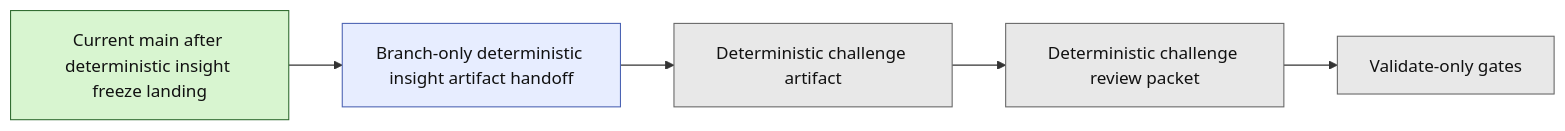
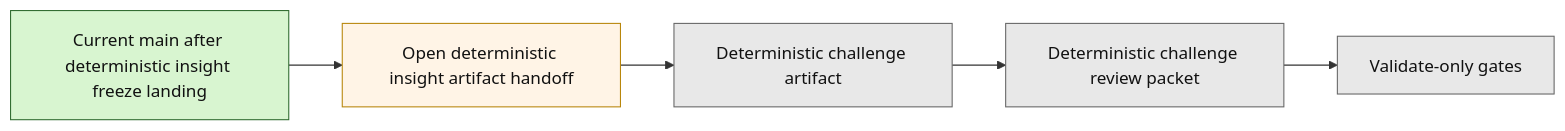
Before and after one commit to benjmcd/project6_REPO_MCP_FOLDER: the second of 2 diagrams in next_milestone_plans/layer3_progress_board.md, drawn with Mermaid. The commit also changed other lines of this file and 8 other files, not shown here.

Commit message:
docs(layer3): mark deterministic insight lane open

````diff
--- a/next_milestone_plans/layer3_progress_board.md
+++ b/next_milestone_plans/layer3_progress_board.md
@@ -148,15 +148,15 @@
 ```mermaid
 flowchart LR
-    A["Current main after deterministic insight freeze landing"] --> B["Branch-only deterministic insight artifact handoff"]
+    A["Current main after deterministic insight freeze landing"] --> B["Open deterministic insight artifact handoff"]
     B --> C["Deterministic challenge artifact"]
     C --> D["Deterministic challenge review packet"]
     D --> E["Validate-only gates"]
 
     classDef done fill:#d8f5d0,stroke:#2f6b2f,color:#111;
-    classDef branch fill:#e7edff,stroke:#4b63b3,color:#111;
+    classDef open fill:#fff4e6,stroke:#b8860b,color:#111;
     classDef future fill:#e8e8e8,stroke:#666,color:#111;
 
     class A done;
-    class B branch;
+    class B open;
     class C,D,E future;
 ```
````
